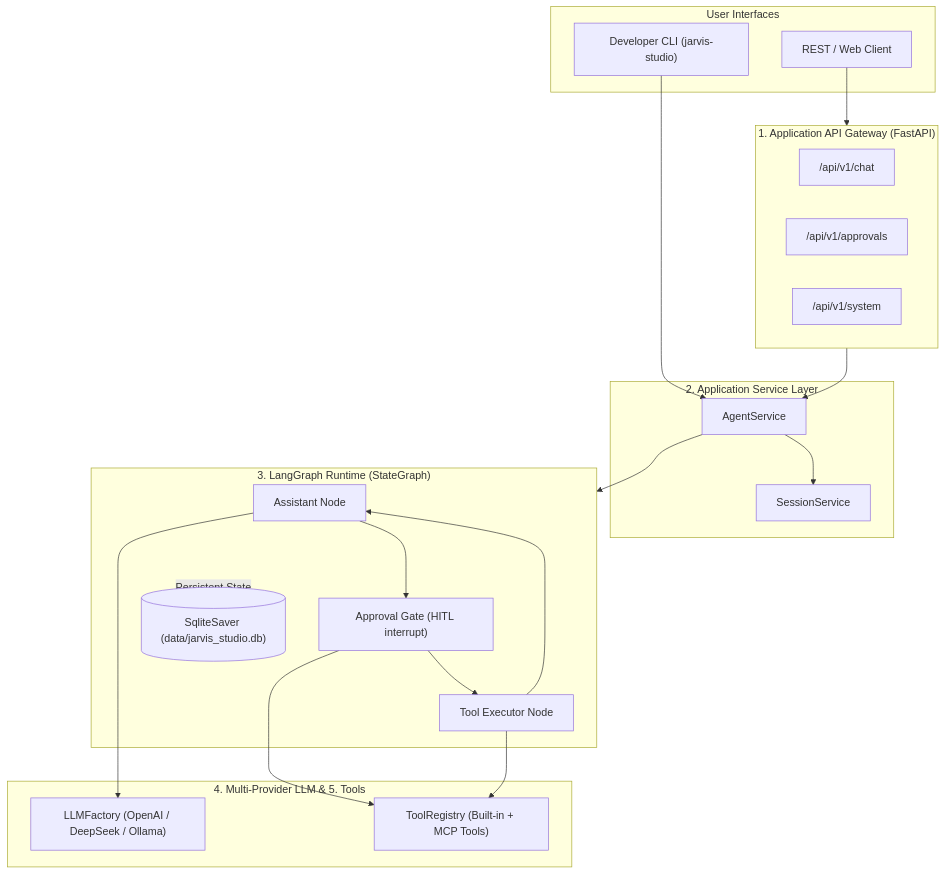
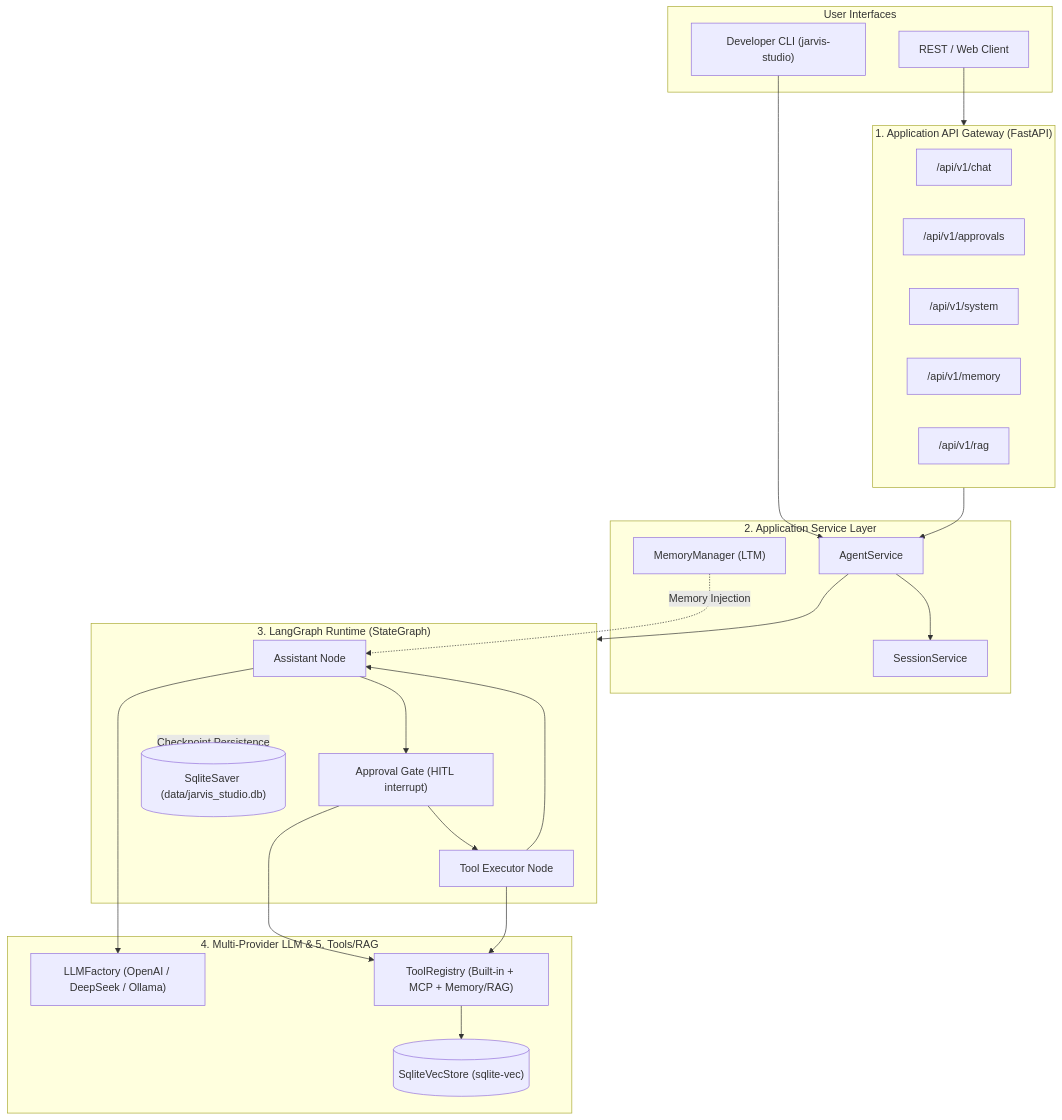
Before and after one commit to theGitForDalibor/JarvisStudio: the diagram in README.en.md, drawn with Mermaid. The commit also changed other lines of this file and 66 other files, not shown here.

````diff
--- a/README.en.md
+++ b/README.en.md
@@ -60,39 +63,45 @@
 ```mermaid
 flowchart TD
     subgraph UI ["User Interfaces"]
         CLI["Developer CLI (jarvis-studio)"]
         CLIENT["REST / Web Client"]
     end
 
     subgraph API ["1. Application API Gateway (FastAPI)"]
         ENDPOINT_CHAT["/api/v1/chat"]
         ENDPOINT_APPR["/api/v1/approvals"]
         ENDPOINT_SYS["/api/v1/system"]
+        ENDPOINT_MEM["/api/v1/memory"]
+        ENDPOINT_RAG["/api/v1/rag"]
     end
 
     subgraph SVC ["2. Application Service Layer"]
         AGENT_SVC["AgentService"]
         SESS_SVC["SessionService"]
+        MEM_MGR["MemoryManager (LTM)"]
     end
 
     subgraph RUNTIME ["3. LangGraph Runtime (StateGraph)"]
         ASST["Assistant Node"]
         GATE["Approval Gate (HITL interrupt)"]
         EXEC["Tool Executor Node"]
         CHECKPOINTER[("SqliteSaver (data/jarvis_studio.db)")]
     end
 
-    subgraph CORE ["4. Multi-Provider LLM & 5. Tools"]
+    subgraph CORE ["4. Multi-Provider LLM & 5. Tools/RAG"]
         LLM["LLMFactory (OpenAI / DeepSeek / Ollama)"]
-        REGISTRY["ToolRegistry (Built-in + MCP Tools)"]
+        REGISTRY["ToolRegistry (Built-in + MCP + Memory/RAG)"]
+        VECSTORE[("SqliteVecStore (sqlite-vec)")]
     end
 
     CLI --> AGENT_SVC
     CLIENT --> API --> AGENT_SVC
     AGENT_SVC --> SESS_SVC
     AGENT_SVC --> RUNTIME
+    MEM_MGR -. Memory Injection .-> ASST
     ASST --> GATE --> EXEC --> ASST
-    RUNTIME -. Persistent State .-> CHECKPOINTER
+    RUNTIME -. Checkpoint Persistence .-> CHECKPOINTER
     ASST --> LLM
     GATE & EXEC --> REGISTRY
+    REGISTRY --> VECSTORE
 ```
````
